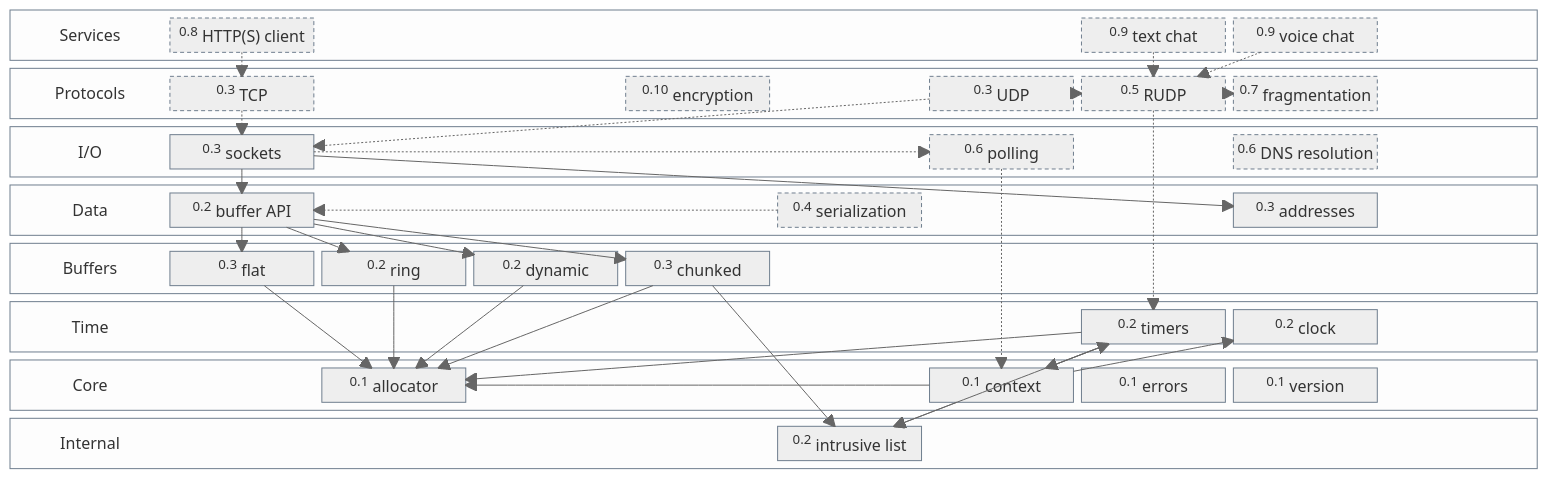
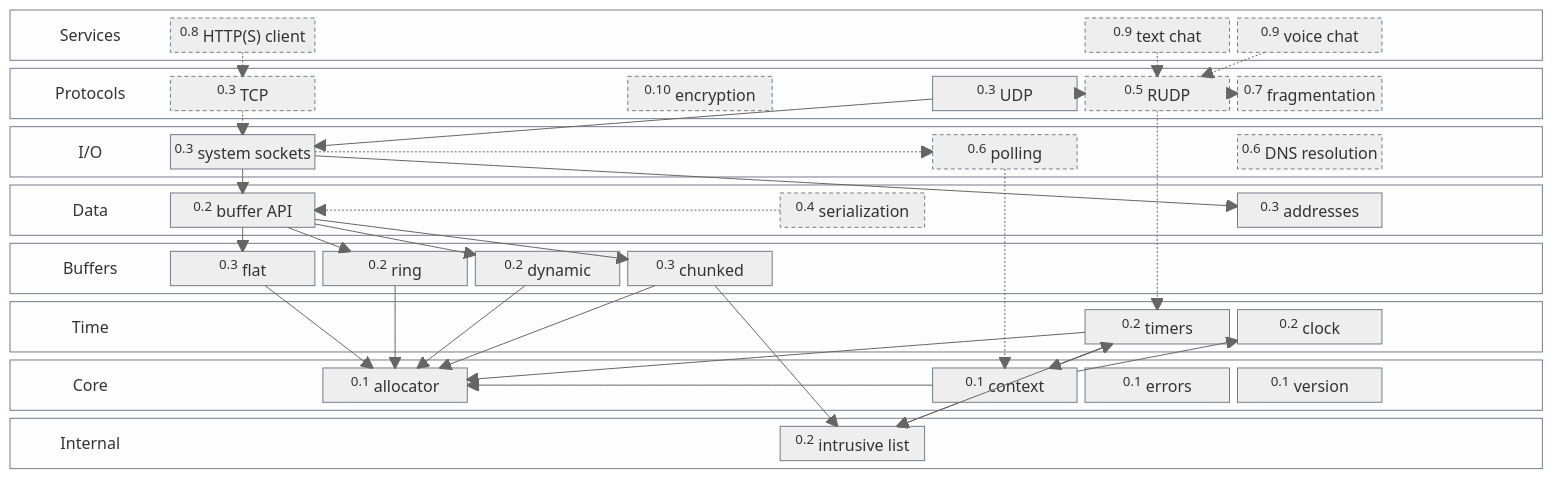
Before and after one commit to VMNL/vmnl-net: the first of 2 diagrams in docs/architecture.md, drawn with Mermaid. The commit also changed other lines of this file and 134 other files, not shown here.

First line of the commit message:
feat(socket): add UDP sockets

````diff
--- a/docs/architecture.md
+++ b/docs/architecture.md
@@ -43,7 +43,7 @@
     block:IO
         columns 10
         IO_TITLE["I/O"]
-        SOCKET["<sup>0.3</sup> sockets"]
+        SOCKET["<sup>0.3</sup> system sockets"]
         space:4
         POLL["<sup>0.6</sup> polling"]
         space
@@ -108,7 +108,7 @@
     RUDP -.-> FRAG
     RUDP -.-> TIMER
     TCP -.-> SOCKET
-    UDP -.-> SOCKET
+    UDP --> SOCKET
     SOCKET -.-> POLL
     SOCKET --> BUFFER
     SOCKET --> ADDRESS
@@ -136,5 +136,5 @@
     classDef planned stroke:#6f7e8e,stroke-dasharray: 4 3
 
     class SERVICES_TITLE,PROTOCOLS_TITLE,IO_TITLE,DATA_TITLE,BUFFERS_TITLE,TIME_TITLE,CORE_TITLE,INTERNAL_TITLE title
-    class HTTP,CHAT,VOICE,TCP,UDP,RUDP,FRAG,CRYPT,POLL,DNS,SER planned
+    class HTTP,CHAT,VOICE,TCP,RUDP,FRAG,CRYPT,POLL,DNS,SER planned
 ```
````
